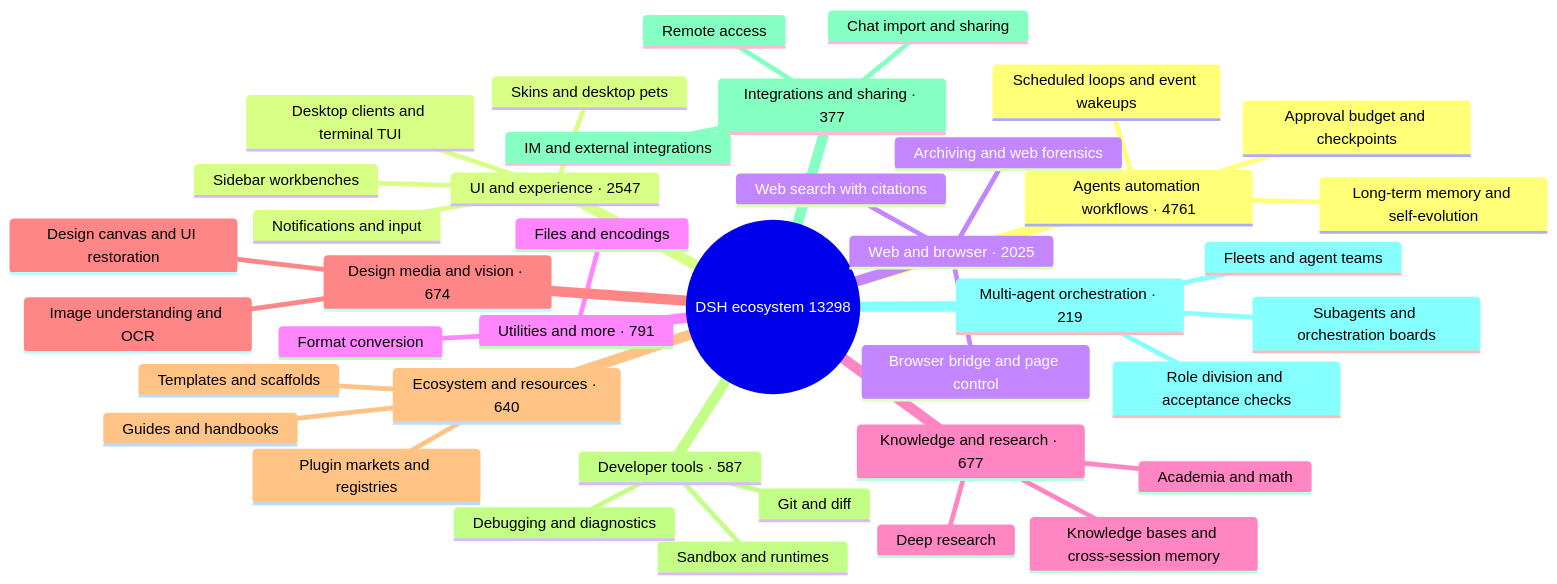
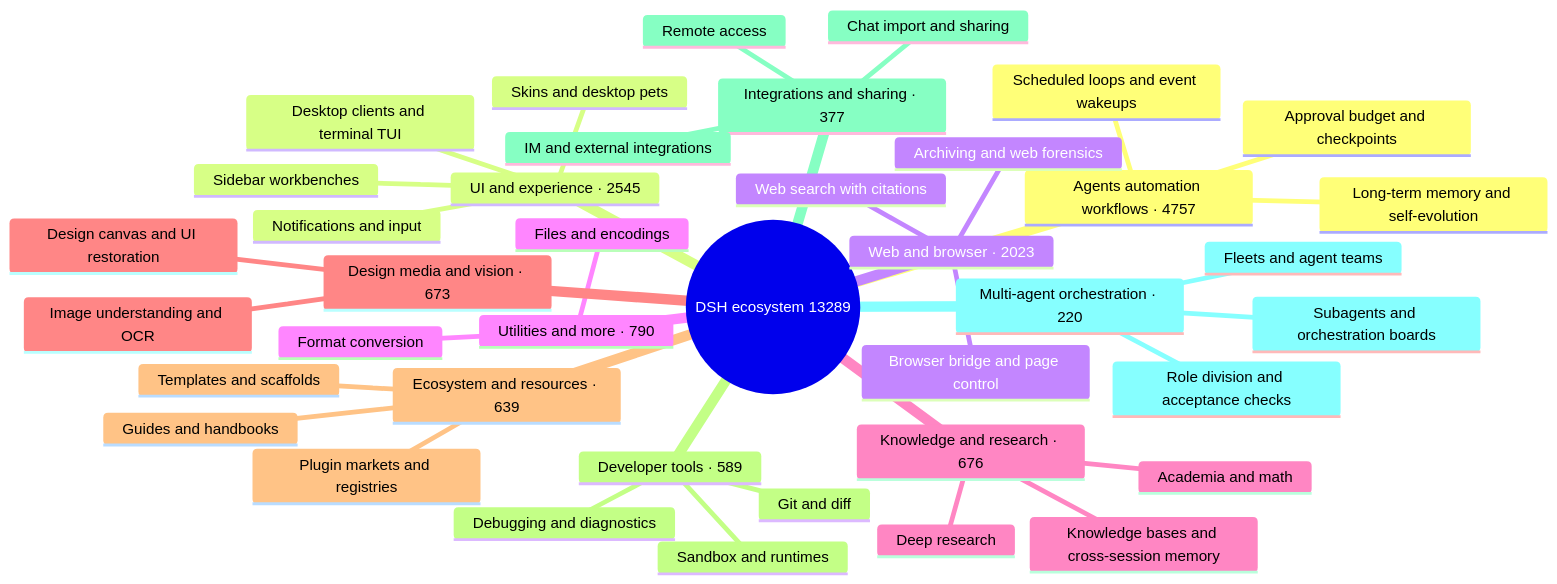
Before and after one commit to BOWLUNA/awesome-dsh-plugin: the diagram in README_EN.md, drawn with Mermaid. The commit also changed other lines of this file and 21 other files, not shown here.

````diff
--- a/README_EN.md
+++ b/README_EN.md
@@ -32,43 +32,43 @@
 ```mermaid
 mindmap
-  root((DSH ecosystem 13298))
-    Agents automation workflows · 4761
+  root((DSH ecosystem 13289))
+    Agents automation workflows · 4757
       Scheduled loops and event wakeups
       Long-term memory and self-evolution
       Approval budget and checkpoints
-    UI and experience · 2547
+    UI and experience · 2545
       Desktop clients and terminal TUI
       Sidebar workbenches
       Skins and desktop pets
       Notifications and input
-    Web and browser · 2025
+    Web and browser · 2023
       Browser bridge and page control
       Web search with citations
       Archiving and web forensics
-    Utilities and more · 791
+    Utilities and more · 790
       Files and encodings
       Format conversion
-    Knowledge and research · 677
+    Knowledge and research · 676
       Knowledge bases and cross-session memory
       Deep research
       Academia and math
-    Design media and vision · 674
+    Design media and vision · 673
       Image understanding and OCR
       Design canvas and UI restoration
-    Ecosystem and resources · 640
+    Ecosystem and resources · 639
       Plugin markets and registries
       Templates and scaffolds
       Guides and handbooks
-    Developer tools · 587
+    Developer tools · 589
       Git and diff
       Sandbox and runtimes
       Debugging and diagnostics
     Integrations and sharing · 377
       Chat import and sharing
       Remote access
       IM and external integrations
-    Multi-agent orchestration · 219
+    Multi-agent orchestration · 220
       Subagents and orchestration boards
       Fleets and agent teams
       Role division and acceptance checks
 ```
````
